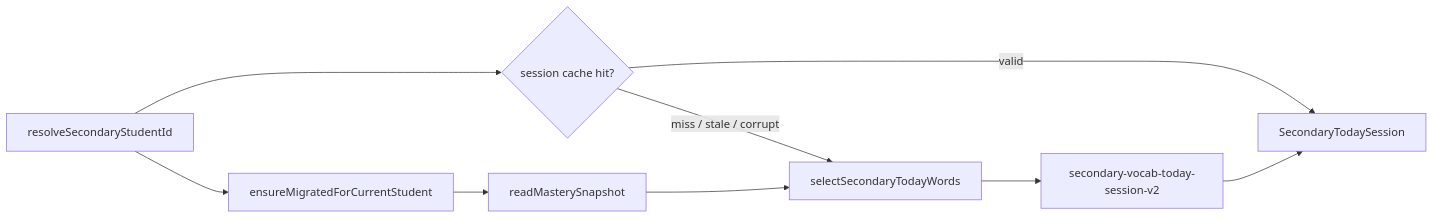
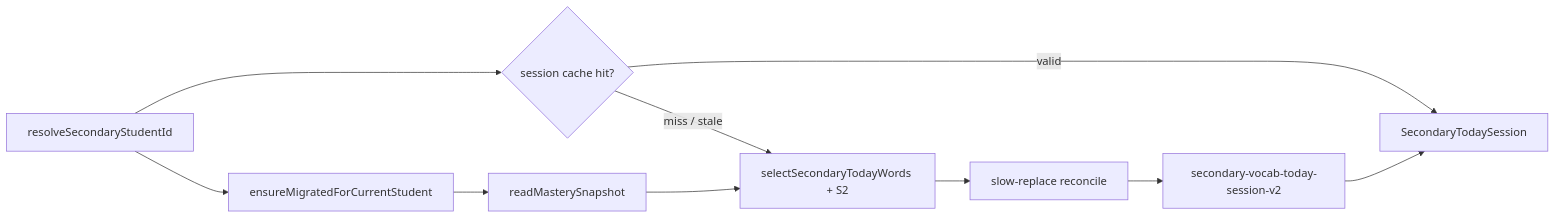
The diagram in web/docs/mastery/SECONDARY_SESSION_SELECTION.md (WeKnowEnglish/WKE-AuthoringTool-Elearning-Player), drawn with Mermaid before and after one commit. The commit also changed other lines of this file and 136 other files, not shown here.

````diff
--- a/web/docs/mastery/SECONDARY_SESSION_SELECTION.md
+++ b/web/docs/mastery/SECONDARY_SESSION_SELECTION.md
@@ -13,17 +13,19 @@
 ```mermaid
 flowchart LR
   ID[resolveSecondaryStudentId]
   MIG[ensureMigratedForCurrentStudent]
   MASTERY[readMasterySnapshot]
   CACHE{session cache hit?}
-  SEL[selectSecondaryTodayWords]
+  SEL[selectSecondaryTodayWords + S2]
+  REPLACE[slow-replace reconcile]
   STORE[secondary-vocab-today-session-v2]
 
   ID --> MIG --> MASTERY
   ID --> CACHE
-  CACHE -->|miss / stale / corrupt| SEL
+  CACHE -->|miss / stale| SEL
   MASTERY --> SEL
-  SEL --> STORE
+  SEL --> REPLACE
+  REPLACE --> STORE
   CACHE -->|valid| OUT[SecondaryTodaySession]
   STORE --> OUT
 ```
````
